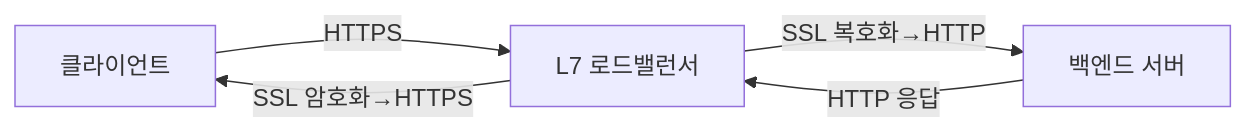
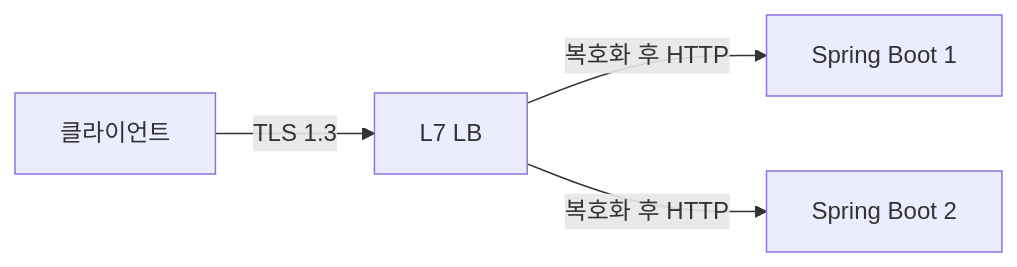
Before and after one commit to yjkim2015/yjkim2015.github.io: the fourth of 10 diagrams in _posts/network/2026-05-01-load-balancer.md, drawn with Mermaid. The commit also changed other lines of this file and 4 other files, not shown here.

````diff
--- a/_posts/network/2026-05-01-load-balancer.md
+++ b/_posts/network/2026-05-01-load-balancer.md
@@ -243,7 +472,6 @@
 ```mermaid
 graph LR
-    CL["클라이언트"] -->|"HTTPS"| LB["L7 로드밸런서"]
-    LB -->|"SSL 복호화→HTTP"| BE["백엔드 서버"]
-    BE -->|"HTTP 응답"| LB
-    LB -->|"SSL 암호화→HTTPS"| CL
+    C["클라이언트"] -->|"TLS 1.3"| LB["L7 LB"]
+    LB -->|"복호화 후 HTTP"| S1["Spring Boot 1"]
+    LB -->|"복호화 후 HTTP"| S2["Spring Boot 2"]
 ```
````
